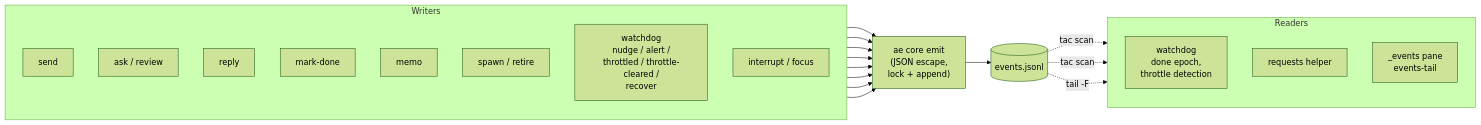
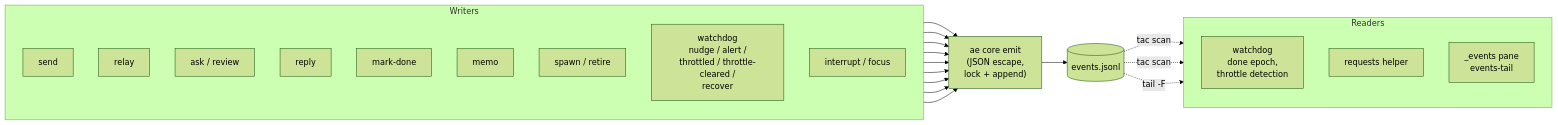
One commit to clemens33/ae changed the diagram in docs/internals/events.md. Above: the diagram before and after it, drawn with Mermaid (forest theme). The commit also changed other lines of this file and 23 other files, not shown here.

````diff
--- a/docs/internals/events.md
+++ b/docs/internals/events.md
@@ -9,35 +9,37 @@
 ```mermaid
 flowchart LR
     subgraph Writers
         direction TB
         SH[send]
+        RLH[relay]
         AKH[ask / review]
         RPH[reply]
         MDH[mark-done]
         MEH[memo]
         SPH[spawn / retire]
         LP1["watchdog<br/>nudge / alert /<br/>throttled / throttle-cleared /<br/>recover"]
         IH[interrupt / focus]
     end
     EE["ae core emit<br/>(JSON escape,<br/>lock + append)"]
     FILE[(events.jsonl)]
     subgraph Readers
         direction TB
         LP2["watchdog<br/>done epoch,<br/>throttle detection"]
         REQ["requests helper"]
         ET["_events pane<br/>events-tail"]
     end
 
     SH --> EE
+    RLH --> EE
     AKH --> EE
     RPH --> EE
     MDH --> EE
     MEH --> EE
     SPH --> EE
     LP1 --> EE
     IH --> EE
     EE --> FILE
     FILE -.tac scan.-> LP2
     FILE -.tac scan.-> REQ
     FILE -.tail -F.-> ET
 ```
````
